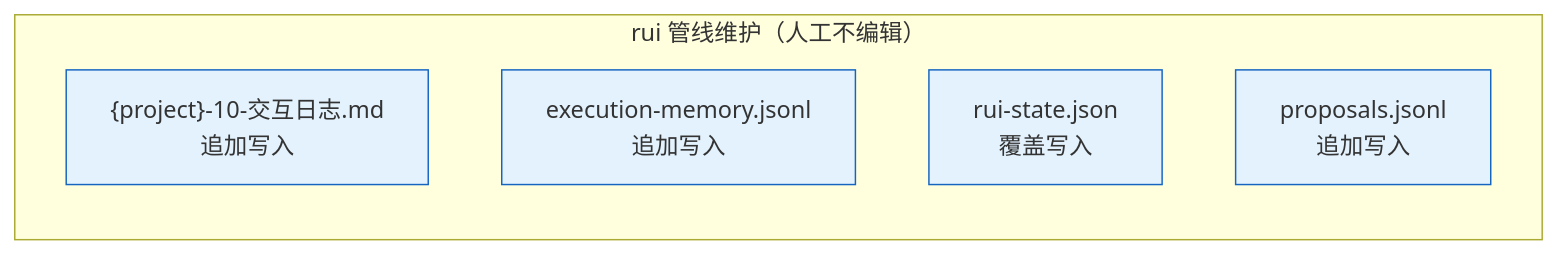
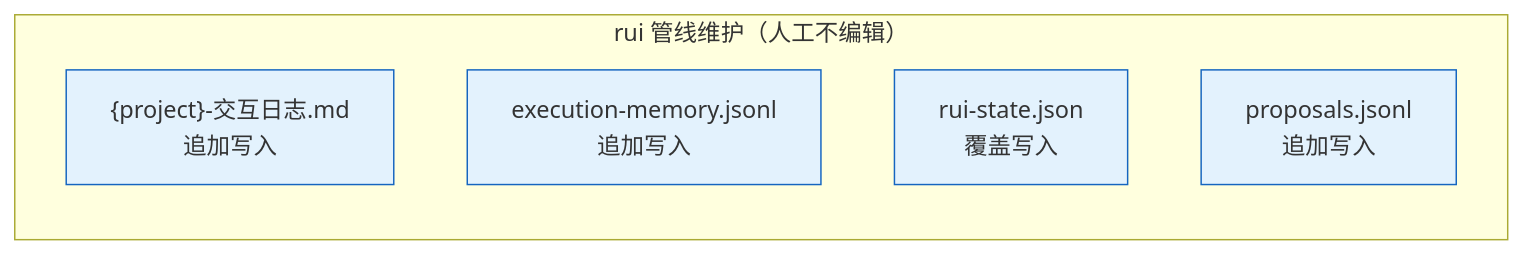
Before and after one commit to effiy/YrY: the fourth of 5 diagrams in skills/rui/coder.md, drawn with Mermaid. The commit also changed other lines of this file and 90 other files, not shown here.

````diff
--- a/skills/rui/coder.md
+++ b/skills/rui/coder.md
@@ -141,11 +133,11 @@
 ```mermaid
 flowchart LR
     subgraph 管理["rui 管线维护（人工不编辑）"]
-        M0["{project}-10-交互日志.md<br/>追加写入"]:::data
+        M0["{project}-交互日志.md<br/>追加写入"]:::data
         M1["execution-memory.jsonl<br/>追加写入"]:::data
         M2["rui-state.json<br/>覆盖写入"]:::data
         M3["proposals.jsonl<br/>追加写入"]:::data
     end
 
     classDef data fill:#e3f2fd,stroke:#1565c0;
 ```
````
